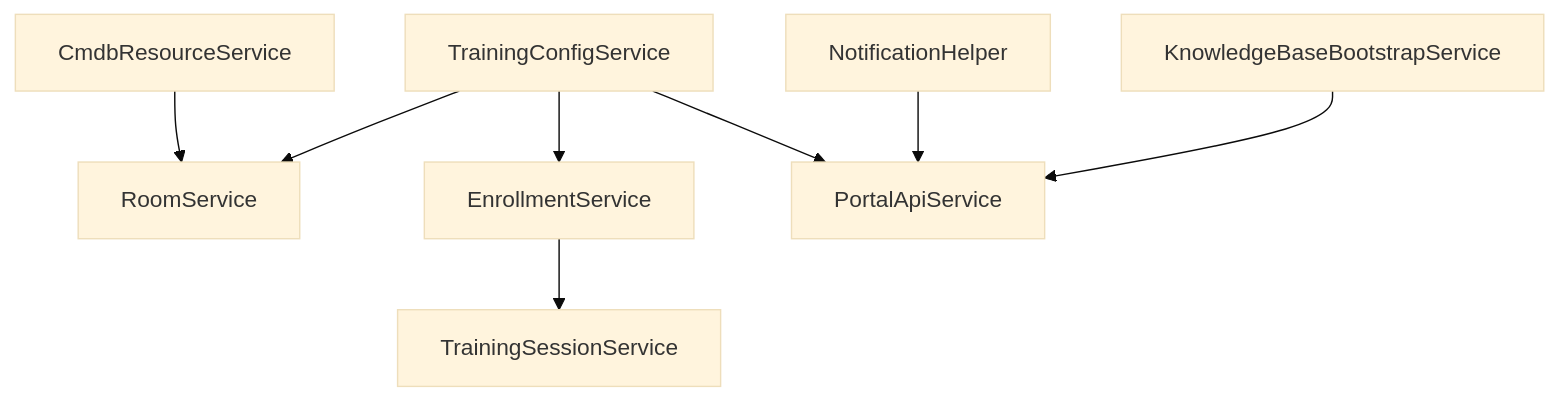
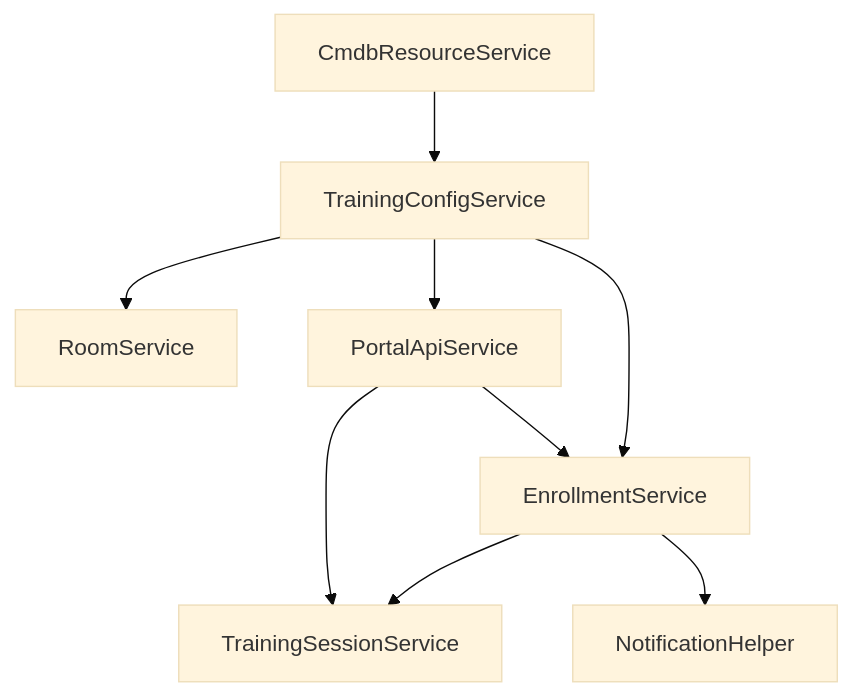
One commit to Artur-data-DEV/Training-Operations-Command-Center changed the diagram in src/fluent/script-includes/script-include-catalog.md. Above: the diagram before and after it, drawn with Mermaid (base theme). The commit also changed other lines of this file and 7 other files, not shown here.

````diff
--- a/src/fluent/script-includes/script-include-catalog.md
+++ b/src/fluent/script-includes/script-include-catalog.md
@@ -21,10 +21,11 @@
 ```mermaid
 graph TD
     TrainingConfigService --> RoomService
     TrainingConfigService --> EnrollmentService
     TrainingConfigService --> PortalApiService
     EnrollmentService --> TrainingSessionService
-    NotificationHelper --> PortalApiService
-    KnowledgeBaseBootstrapService --> PortalApiService
-    CmdbResourceService --> RoomService
+    EnrollmentService --> NotificationHelper
+    CmdbResourceService --> TrainingConfigService
+    PortalApiService --> EnrollmentService
+    PortalApiService --> TrainingSessionService
 ```
````
